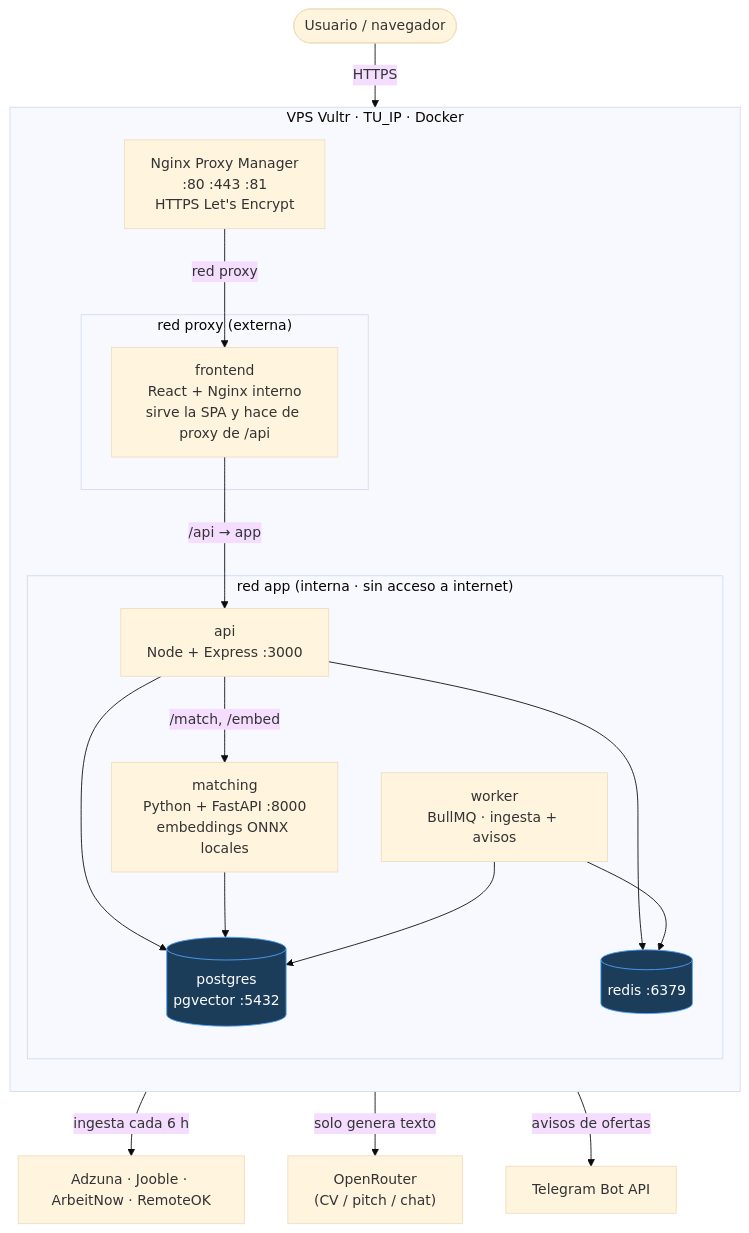
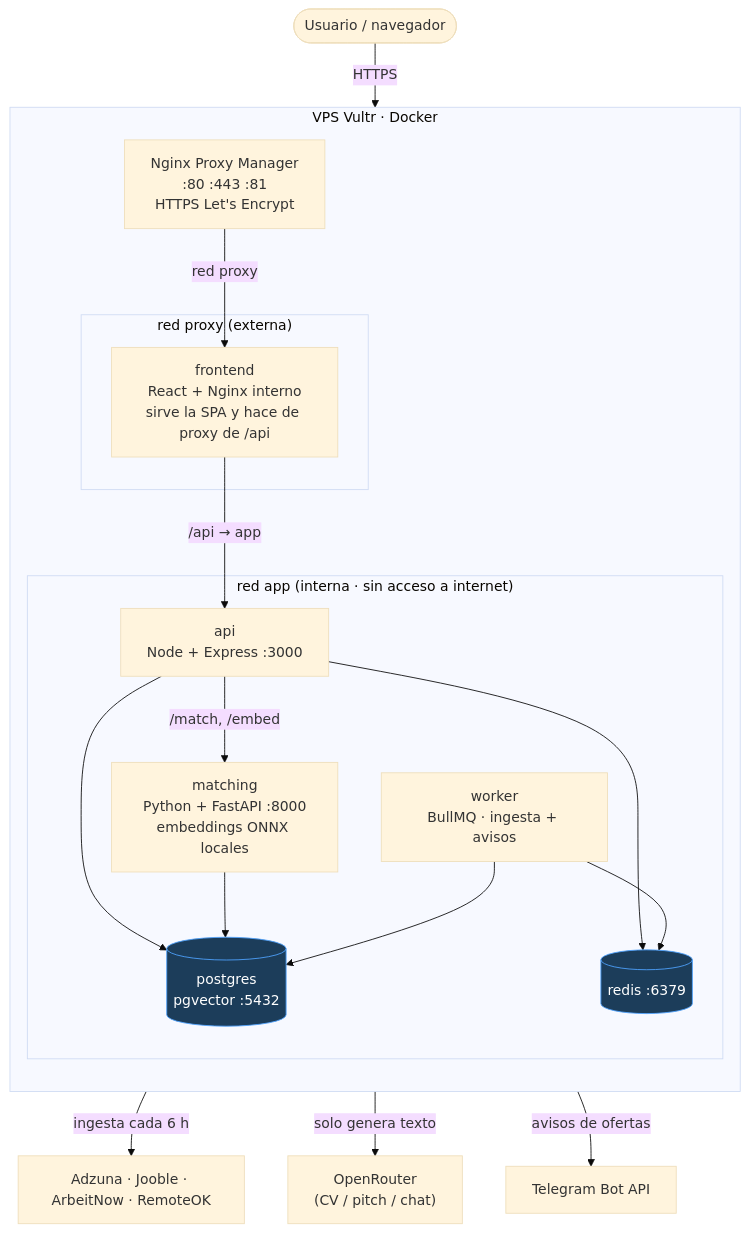
The first of 3 diagrams in DIAGRAMA-DESPLIEGUE.md (Istinger/Chatbot-IA-Project), drawn with Mermaid (base theme) before and after one commit. The commit also changed other lines of this file and 1 other file, not shown here.

Commit message:
docs: quitar IP publica del VPS de la documentacion

````diff
--- a/DIAGRAMA-DESPLIEGUE.md
+++ b/DIAGRAMA-DESPLIEGUE.md
@@ -13,42 +13,42 @@
 ```mermaid
 flowchart TB
     user([Usuario / navegador])
 
-    subgraph vps["VPS Vultr · TU_IP · Docker"]
+    subgraph vps["VPS Vultr · Docker"]
         direction TB
         npm["Nginx Proxy Manager<br/>:80 :443 :81<br/>HTTPS Let's Encrypt"]
 
         subgraph proxynet["red proxy (externa)"]
             front["frontend<br/>React + Nginx interno<br/>sirve la SPA y hace de proxy de /api"]
         end
 
         subgraph appnet["red app (interna · sin acceso a internet)"]
             api["api<br/>Node + Express :3000"]
             match["matching<br/>Python + FastAPI :8000<br/>embeddings ONNX locales"]
             pg[("postgres<br/>pgvector :5432")]
             redis[("redis :6379")]
             worker["worker<br/>BullMQ · ingesta + avisos"]
         end
     end
 
     ext1["Adzuna · Jooble · ArbeitNow · RemoteOK"]
     ext2["OpenRouter<br/>(CV / pitch / chat)"]
     tg["Telegram Bot API"]
 
     user -->|"HTTPS"| npm
     npm -->|"red proxy"| front
     front -->|"/api → app"| api
     api --> pg
     api --> redis
     api -->|"/match, /embed"| match
     match --> pg
     worker --> pg
     worker --> redis
     worker -->|"ingesta cada 6 h"| ext1
     api -->|"solo genera texto"| ext2
     worker -->|"avisos de ofertas"| tg
 
     classDef db fill:#1c3d5a,stroke:#4fa3ff,color:#fff;
     classDef edge fill:#0e2136,stroke:#6ec8ff,color:#fff;
     class pg,redis db;
 ```
````
